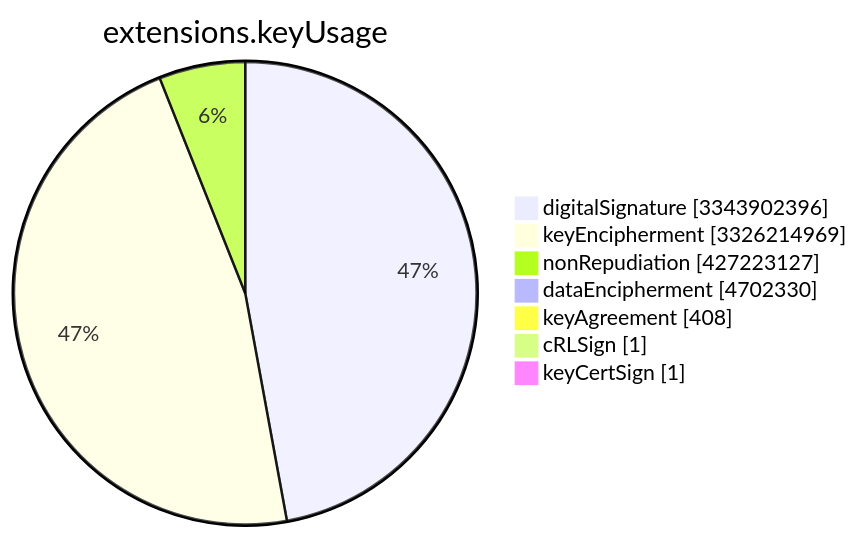
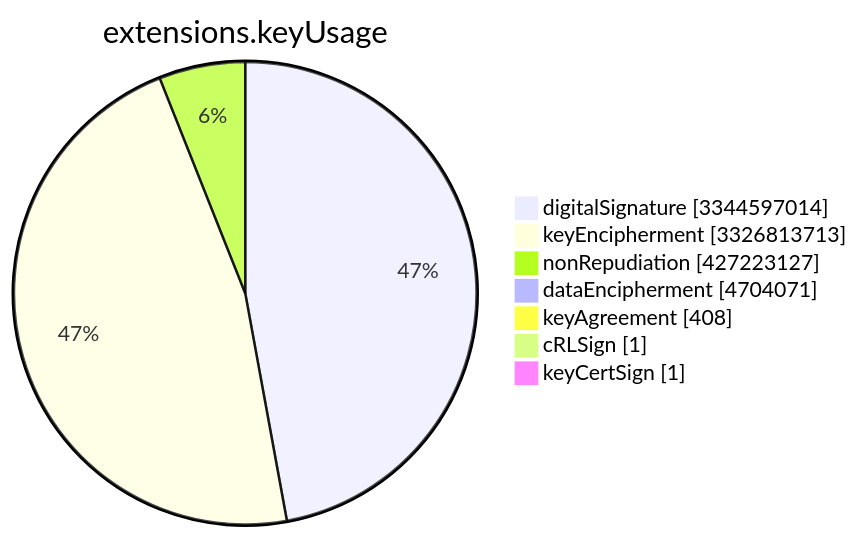
The sixth of 15 diagrams in TOTAL/README.md (christiankrug/ctmonitor_visualization), drawn with Mermaid before and after one commit. The commit also changed other lines of this file, not shown here.

````diff
--- a/TOTAL/README.md
+++ b/TOTAL/README.md
@@ -3079,11 +3079,11 @@
 ```mermaid
 pie showData
 title extensions.keyUsage
-"digitalSignature" :3343902396
-"keyEncipherment" :3326214969
+"digitalSignature" :3344597014
+"keyEncipherment" :3326813713
 "nonRepudiation" :427223127
-"dataEncipherment" :4702330
+"dataEncipherment" :4704071
 "keyAgreement" :408
 "cRLSign" :1
 "keyCertSign" :1
 ```
````
